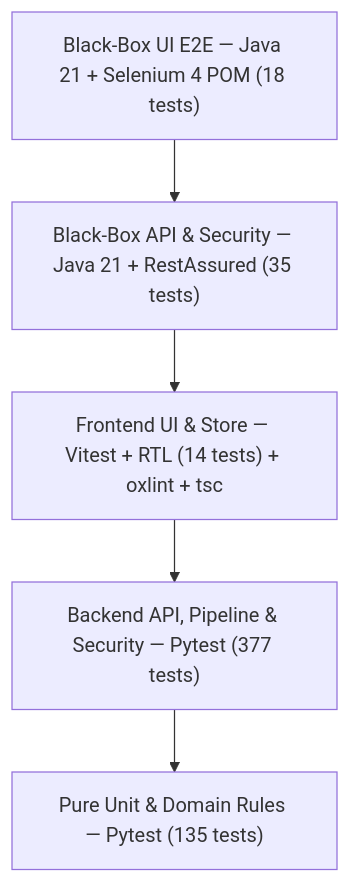
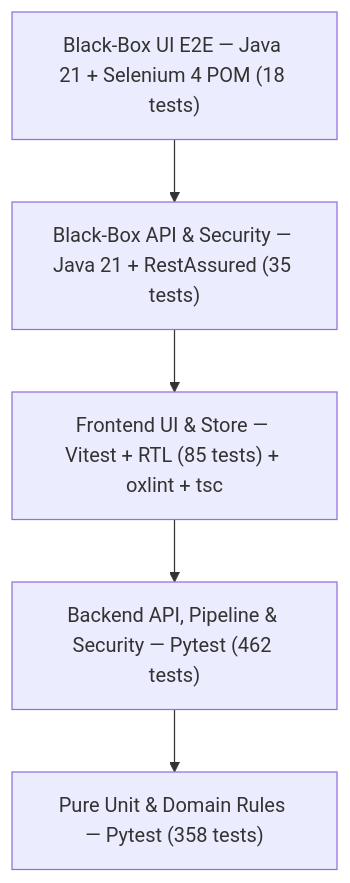
One commit to talevi83/SubBuildStudio changed the diagram in README.md. Above: the diagram before and after it, drawn with Mermaid. The commit also changed other lines of this file and 2 other files, not shown here.

````diff
--- a/README.md
+++ b/README.md
@@ -452,9 +468,9 @@
 ```mermaid
 flowchart TD
     E2E["Black-Box UI E2E — Java 21 + Selenium 4 POM (18 tests)"]
     BAPI["Black-Box API & Security — Java 21 + RestAssured (35 tests)"]
-    FE["Frontend UI & Store — Vitest + RTL (14 tests) + oxlint + tsc"]
-    PIPE["Backend API, Pipeline & Security — Pytest (377 tests)"]
-    UNIT["Pure Unit & Domain Rules — Pytest (135 tests)"]
+    FE["Frontend UI & Store — Vitest + RTL (85 tests) + oxlint + tsc"]
+    PIPE["Backend API, Pipeline & Security — Pytest (462 tests)"]
+    UNIT["Pure Unit & Domain Rules — Pytest (358 tests)"]
     E2E --> BAPI --> FE --> PIPE --> UNIT
 ```
````
